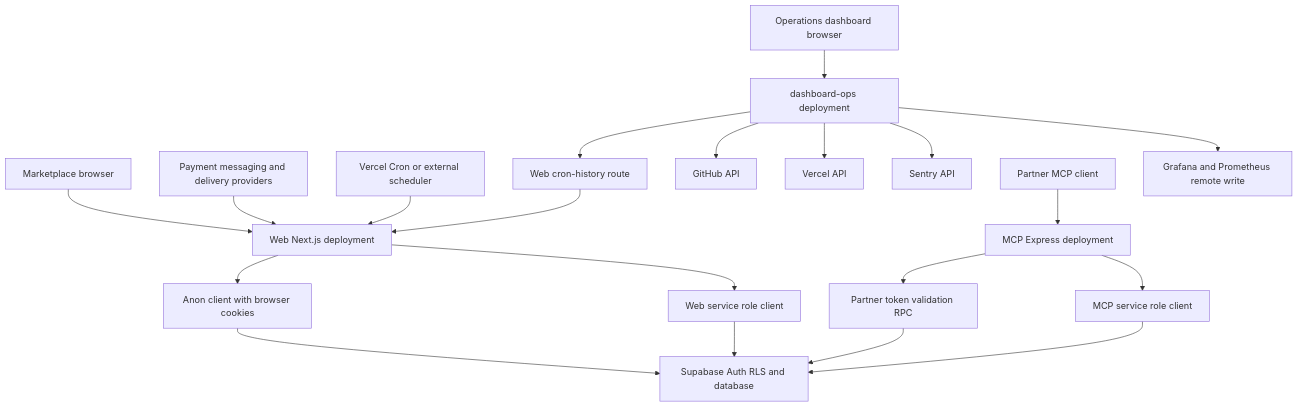
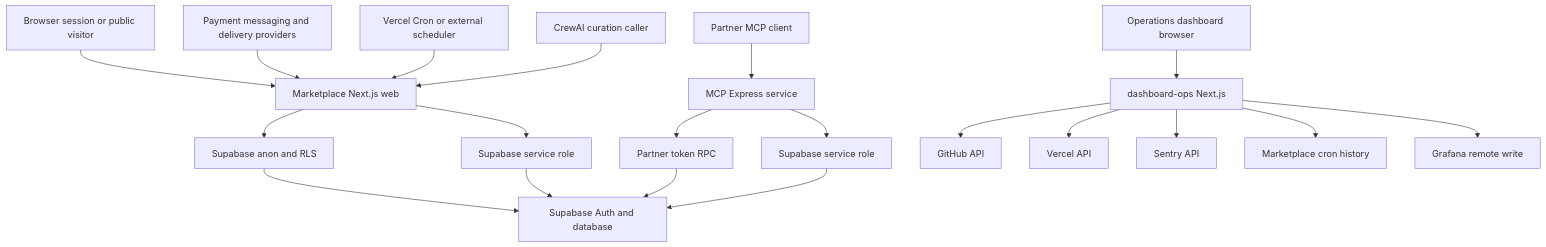
One commit to Schneider-Gr/industria24hIA changed the first of 2 diagrams in openwiki/architecture/system-map.md. Above: the diagram before and after it, drawn with Mermaid. The commit also changed other lines of this file and 34 other files, not shown here.

````diff
--- a/openwiki/architecture/system-map.md
+++ b/openwiki/architecture/system-map.md
@@ -109,22 +91,22 @@
 ```mermaid
 flowchart TD
-  Shopper["Marketplace browser"] --> Web["Web Next.js deployment"]
-  OpsUser["Operations dashboard browser"] --> Ops["dashboard-ops deployment"]
-  Partner["Partner MCP client"] --> MCP["MCP Express deployment"]
+  Browser["Browser session or public visitor"] --> Web["Marketplace Next.js web"]
   Provider["Payment messaging and delivery providers"] --> Web
-  Tick["Vercel Cron or external scheduler"] --> Web
-  Web --> Session["Anon client with browser cookies"]
-  Web --> Service["Web service role client"]
-  Session --> Supabase["Supabase Auth RLS and database"]
-  Service --> Supabase
-  MCP --> Token["Partner token validation RPC"]
-  Token --> Supabase
-  MCP --> MCPService["MCP service role client"]
-  MCPService --> Supabase
+  Scheduler["Vercel Cron or external scheduler"] --> Web
+  Curator["CrewAI curation caller"] --> Web
+  MCPClient["Partner MCP client"] --> MCP["MCP Express service"]
+  OpsBrowser["Operations dashboard browser"] --> Ops["dashboard-ops Next.js"]
+  Web --> Anon["Supabase anon and RLS"]
+  Web --> Service["Supabase service role"]
+  MCP --> TokenRPC["Partner token RPC"]
+  MCP --> MCPService["Supabase service role"]
+  Anon --> DB["Supabase Auth and database"]
+  Service --> DB
+  TokenRPC --> DB
+  MCPService --> DB
   Ops --> GitHub["GitHub API"]
   Ops --> Vercel["Vercel API"]
   Ops --> Sentry["Sentry API"]
-  Ops --> WebCron["Web cron-history route"]
-  WebCron --> Web
-  Ops --> Grafana["Grafana and Prometheus remote write"]
+  Ops --> CronHistory["Marketplace cron history"]
+  Ops --> Grafana["Grafana remote write"]
 ```
````
